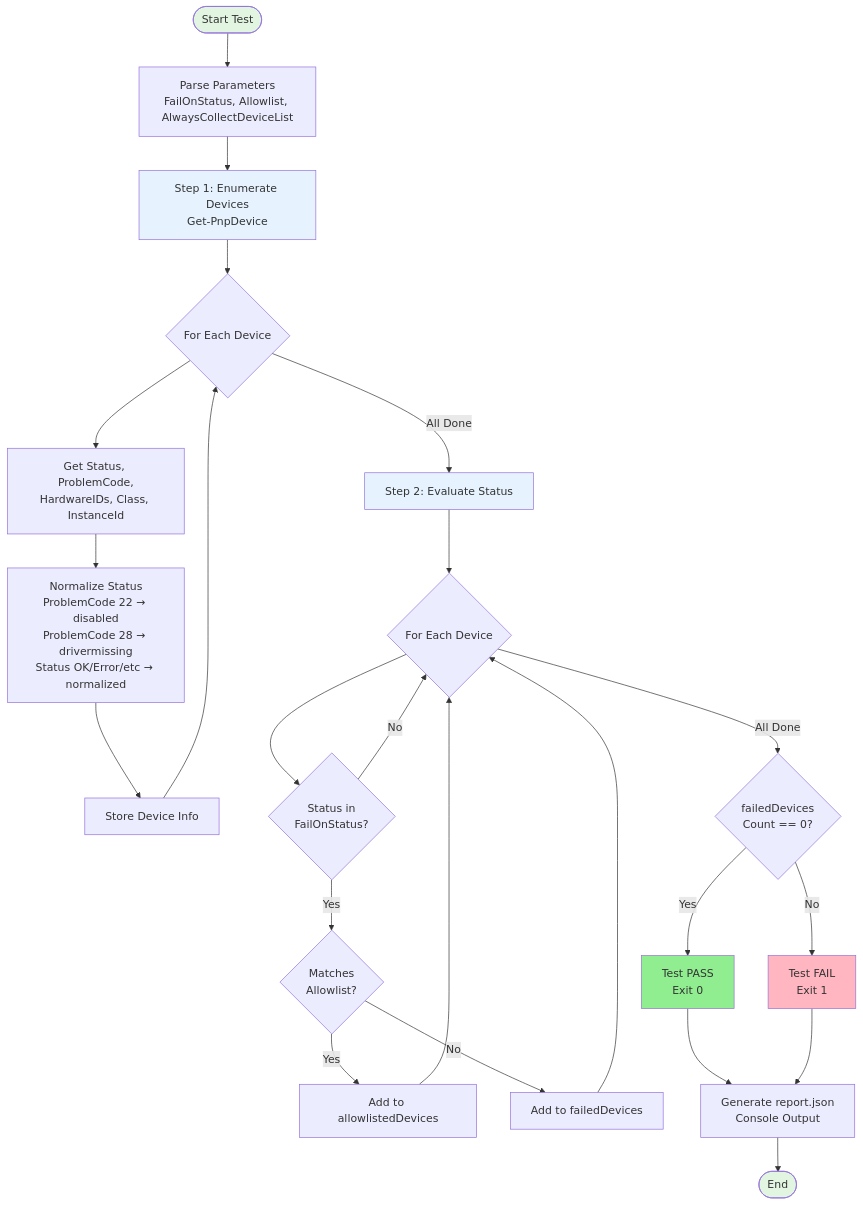
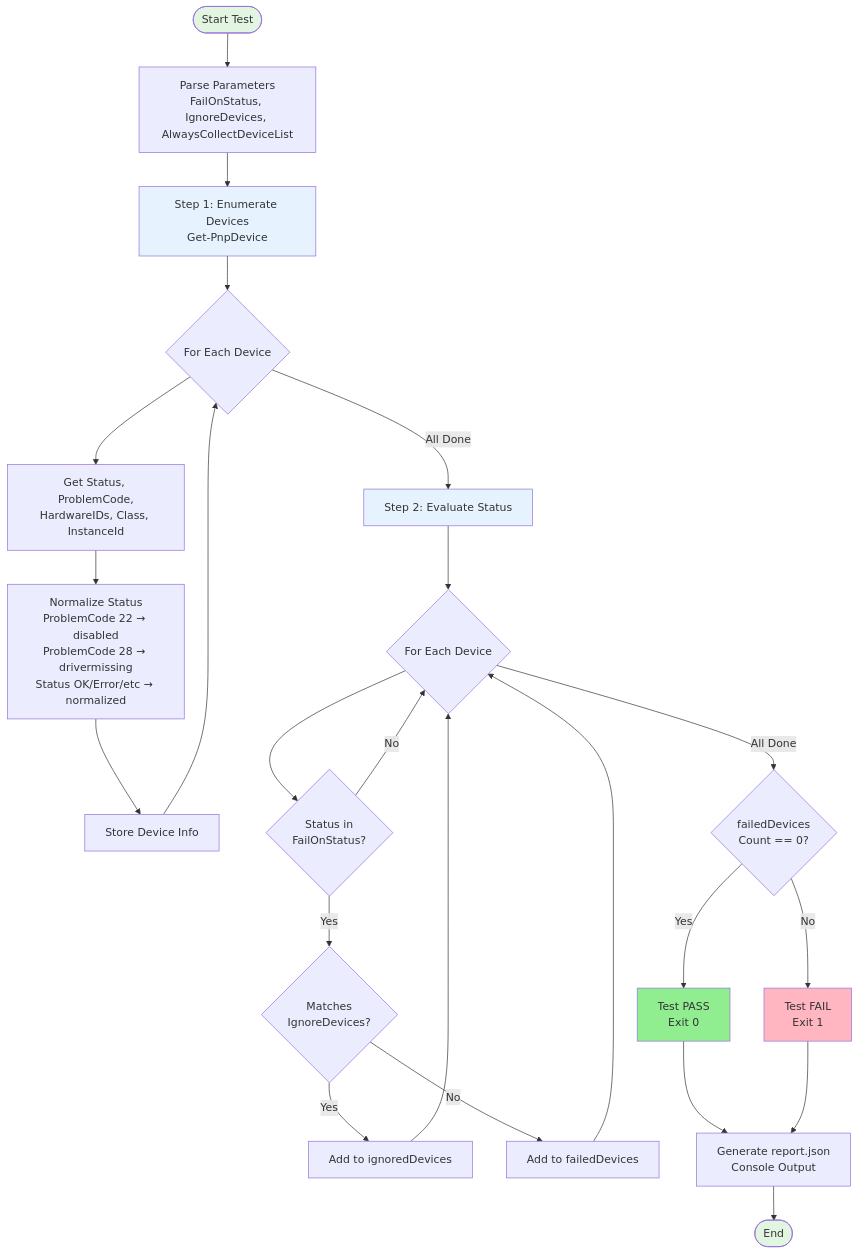
One commit to iverson-lu/PVT-X changed the diagram in assets/TestCases/case.hw.device.core.status_check@1.0.0/README.md. Above: the diagram before and after it, drawn with Mermaid. The commit also changed other lines of this file and 5 other files, not shown here.

Commit message:
Update Device Manager Status Check to use IgnoreDevices instead of Allowlist for improved clarity and functionality

````diff
--- a/assets/TestCases/case.hw.device.core.status_check@1.0.0/README.md
+++ b/assets/TestCases/case.hw.device.core.status_check@1.0.0/README.md
@@ -8,42 +8,42 @@
 ```mermaid
 flowchart TD
-    Start([Start Test]) --> ParseParams[Parse Parameters<br/>FailOnStatus, Allowlist, AlwaysCollectDeviceList]
+    Start([Start Test]) --> ParseParams[Parse Parameters<br/>FailOnStatus, IgnoreDevices, AlwaysCollectDeviceList]
     ParseParams --> Step1[Step 1: Enumerate Devices<br/>Get-PnpDevice]
     
     Step1 --> ForEach1{For Each Device}
     ForEach1 --> GetProps[Get Status, ProblemCode,<br/>HardwareIDs, Class, InstanceId]
     GetProps --> Normalize[Normalize Status<br/>ProblemCode 22 → disabled<br/>ProblemCode 28 → drivermissing<br/>Status OK/Error/etc → normalized]
     Normalize --> Store1[Store Device Info]
     Store1 --> ForEach1
     
     ForEach1 -->|All Done| Step2[Step 2: Evaluate Status]
     
     Step2 --> ForEach2{For Each Device}
     ForEach2 --> CheckFail{Status in<br/>FailOnStatus?}
     
     CheckFail -->|No| ForEach2
-    CheckFail -->|Yes| CheckAllow{Matches<br/>Allowlist?}
+    CheckFail -->|Yes| CheckIgnore{Matches<br/>IgnoreDevices?}
     
-    CheckAllow -->|Yes| AddAllow[Add to allowlistedDevices]
-    CheckAllow -->|No| AddFail[Add to failedDevices]
+    CheckIgnore -->|Yes| AddIgnore[Add to ignoredDevices]
+    CheckIgnore -->|No| AddFail[Add to failedDevices]
     
-    AddAllow --> ForEach2
+    AddIgnore --> ForEach2
     AddFail --> ForEach2
     
     ForEach2 -->|All Done| EvalResult{failedDevices<br/>Count == 0?}
     
     EvalResult -->|Yes| Pass[Test PASS<br/>Exit 0]
     EvalResult -->|No| Fail[Test FAIL<br/>Exit 1]
     
     Pass --> Output[Generate report.json<br/>Console Output]
     Fail --> Output
     
     Output --> End([End])
     
     style Start fill:#e1f5e1
     style End fill:#e1f5e1
     style Pass fill:#90EE90
     style Fail fill:#FFB6C1
     style Step1 fill:#E6F3FF
     style Step2 fill:#E6F3FF
 ```
````
